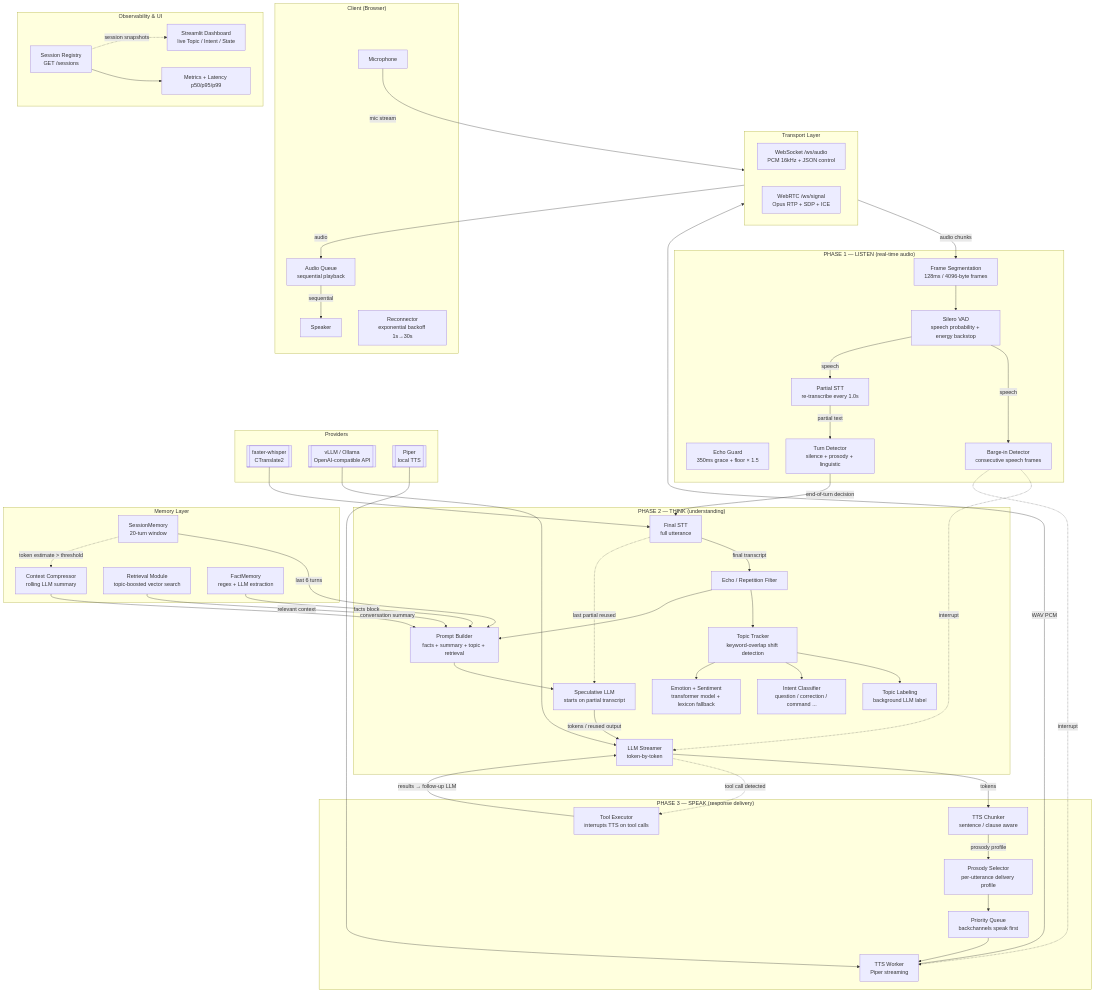
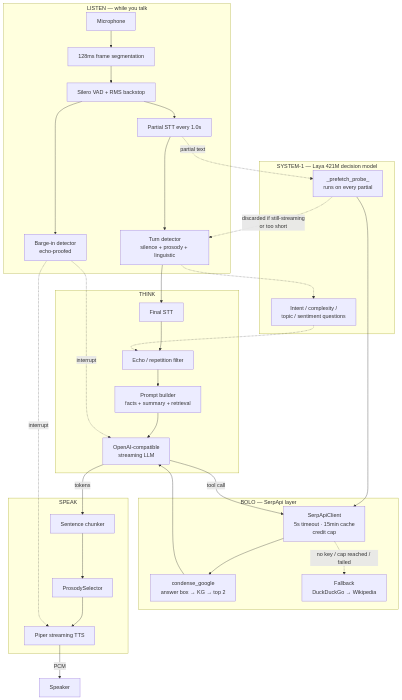
One commit to Shindevrp/Bolo changed the diagram in README.md. Above: the diagram before and after it, drawn with Mermaid. The commit also changed other lines of this file and 20 other files, not shown here.

First line of the commit message:
feat: Google Maps places + SerpApi news, fixtures, and a Bolo README

````diff
--- a/README.md
+++ b/README.md
@@ -68,104 +314,47 @@
 ```mermaid
 flowchart TB
-    subgraph Client["Client (Browser)"]
-        MIC[Microphone]
-        SPK[Speaker]
-        AQ[Audio Queue<br/>sequential playback]
-        REC[Reconnector<br/>exponential backoff 1s→30s]
+    subgraph Listen["LISTEN — while you talk"]
+        MIC[Microphone] --> SEG[128ms frame segmentation]
+        SEG --> VAD[Silero VAD + RMS backstop]
+        VAD --> PSTT[Partial STT every 1.0s]
+        PSTT --> TURN[Turn detector<br/>silence + prosody + linguistic]
+        VAD --> BARGE[Barge-in detector<br/>echo-proofed]
     end
 
-    subgraph Transport["Transport Layer"]
-        WS[WebSocket /ws/audio<br/>PCM 16kHz + JSON control]
-        WC[WebRTC /ws/signal<br/>Opus RTP + SDP + ICE]
+    subgraph S1["SYSTEM-1 — Laya 421M decision model"]
+        PREF[_prefetch_probe_<br/>runs on every partial]
+        CLS[Intent / complexity /<br/>topic / sentiment questions]
     end
 
-    subgraph Listen["PHASE 1 — LISTEN (real-time audio)"]
-        SEG[Frame Segmentation<br/>128ms / 4096-byte frames]
-        VAD[Silero VAD<br/>speech probability + energy backstop]
-        ECHO[Echo Guard<br/>350ms grace + floor × 1.5]
-        BARGE[Barge-in Detector<br/>consecutive speech frames]
-        PSTT[Partial STT<br/>re-transcribe every 1.0s]
-        TURN[Turn Detector<br/>silence + prosody + linguistic]
+    subgraph Search["BOLO — SerpApi layer"]
+        CLIFF["SerpApiClient<br/>5s timeout · 15min cache<br/>credit cap"]
+        COND[condense_google<br/>answer box → KG → top 2]
+        FALL["Fallback<br/>DuckDuckGo → Wikipedia"]
     end
 
-    subgraph Think["PHASE 2 — THINK (understanding)"]
-        STT2[Final STT<br/>full utterance]
-        REP[Echo / Repetition Filter]
-        TOPIC[Topic Tracker<br/>keyword-overlap shift detection]
-        LABEL[Topic Labeling<br/>background LLM label]
-        INTENT[Intent Classifier<br/>question / correction / command ...]
-        SENTI[Emotion + Sentiment<br/>transformer model + lexicon fallback]
-        BUILDER[Prompt Builder<br/>facts + summary + topic + retrieval]
-        SPEC[Speculative LLM<br/>starts on partial transcript]
-        LLMS[LLM Streamer<br/>token-by-token]
+    subgraph Think["THINK"]
+        STT2[Final STT] --> REP[Echo / repetition filter]
+        REP --> BUILDER[Prompt builder<br/>facts + summary + retrieval]
+        BUILDER --> LLM[OpenAI-compatible<br/>streaming LLM]
     end
 
-    subgraph Speak["PHASE 3 — SPEAK (response delivery)"]
-        TOOL["Tool Executor<br/>interrupts TTS on tool calls"]
-        CHUNK[TTS Chunker<br/>sentence / clause aware]
-        PROSODY[Prosody Selector<br/>per-utterance delivery profile]
-        PQ[Priority Queue<br/>backchannels speak first]
-        TTSW[TTS Worker<br/>Piper streaming]
+    subgraph Speak["SPEAK"]
+        CHUNK[Sentence chunker] --> PROS[ProsodySelector]
+        PROS --> TTS[Piper streaming TTS]
     end
 
-    subgraph Memory["Memory Layer"]
-        MEM[SessionMemory<br/>20-turn window]
-        COMP[Context Compressor<br/>rolling LLM summary]
-        RET[Retrieval Module<br/>topic-boosted vector search]
-        FACTS[FactMemory<br/>regex + LLM extraction]
-    end
-
-    subgraph Providers["Providers"]
-        STT[["faster-whisper<br/>CTranslate2"]]
-        LLM[["vLLM / Ollama<br/>OpenAI-compatible API"]]
-        TTS_E[["Piper<br/>local TTS"]]
-    end
-
-    subgraph Observe["Observability & UI"]
-        DASH[Streamlit Dashboard<br/>live Topic / Intent / State]
-        REG[Session Registry<br/>GET /sessions]
-        MET[Metrics + Latency p50/p95/p99]
-    end
-
-    MIC -->|mic stream| Transport
-    Transport -->|audio chunks| SEG
-    SEG --> VAD
-    VAD -->|speech| BARGE
-    VAD -->|speech| PSTT
-    PSTT -->|partial text| TURN
-    TURN -->|end-of-turn decision| STT2
-    STT2 -->|final transcript| REP
-    REP --> TOPIC
-    TOPIC --> LABEL
-    TOPIC --> INTENT
-    TOPIC --> SENTI
-    REP --> BUILDER
-    STT2 -.->|last partial reused| SPEC
-    BUILDER --> SPEC
-    SPEC -->|tokens / reused output| LLMS
-    LLMS -->|tokens| CHUNK
-    CHUNK -->|prosody profile| PROSODY
-    PROSODY --> PQ
-    PQ --> TTSW
-    TTSW -->|WAV PCM| Transport
-    Transport -->|audio| AQ
-    AQ -->|sequential| SPK
-
-    LLMS -.->|tool call detected| TOOL
-    TOOL -->|results → follow-up LLM| LLMS
-    BARGE -.->|interrupt| LLMS
-    BARGE -.->|interrupt| TTSW
-
-    MEM -->|last 6 turns| BUILDER
-    COMP -->|conversation summary| BUILDER
-    RET -->|relevant context| BUILDER
-    FACTS -->|facts block| BUILDER
-    MEM -.->|token estimate > threshold| COMP
-
-    LLM --> LLMS
-    STT --> STT2
-    TTS_E --> TTSW
-
-    REG -.->|session snapshots| DASH
-    REG --> MET
+    TURN --> STT2
+    PSTT -.->|partial text| PREF
+    PREF --> CLIFF
+    PREF -.->|discarded if still-streaming<br/>or too short| TURN
+    CLIFF --> COND
+    CLIFF -.->|no key / cap reached / failed| FALL
+    COND --> LLM
+    TURN -.-> CLS
+    CLS -.-> REP
+    LLM -->|tool call| CLIFF
+    LLM -->|tokens| CHUNK
+    TTS -->|PCM| OUT[Speaker]
+    BARGE -.->|interrupt| LLM
+    BARGE -.->|interrupt| TTS
 ```
````
